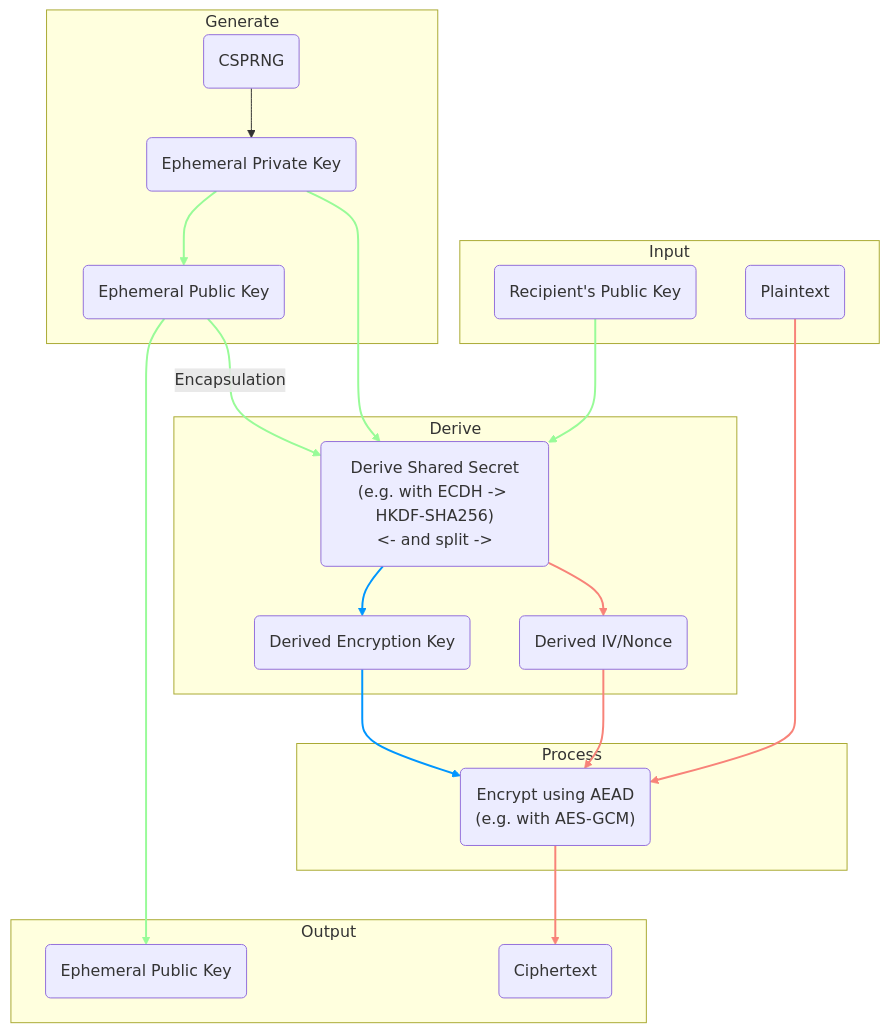
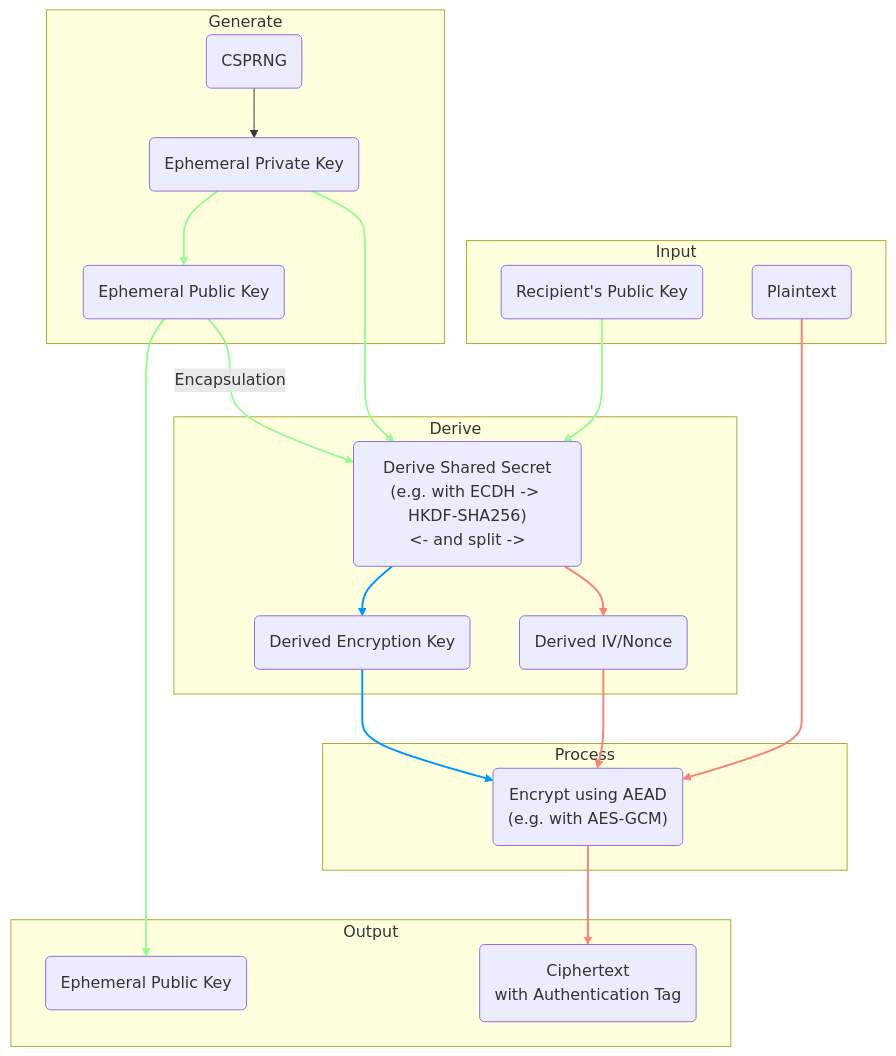
One commit to TJRoh01/libes changed the third of 3 diagrams in README.md. Above: the diagram before and after it, drawn with Mermaid.

Commit message:
improve README.md: - clarify that ciphertext in compact mode contains authentication tag

````diff
--- a/README.md
+++ b/README.md
@@ -250,57 +250,57 @@
 ```mermaid
 graph TB
     subgraph Input
         RK(Recipient's Public Key)
         MSG(Plaintext)
     end
     
     subgraph Generate
         CSPRNG(CSPRNG)
         EK_PUB(Ephemeral Public Key)
         EK_PRI(Ephemeral Private Key)
     end
     
     subgraph Derive
         DER_FN("Derive Shared Secret</br>(e.g. with ECDH -> HKDF-SHA256)</br><- and split ->")
         DER_IV("Derived IV/Nonce")
         DER_ENC_KEY("Derived Encryption Key")
     end
     
     subgraph Process
         ENC_FN("Encrypt using AEAD</br>(e.g. with AES-GCM)")
     end
     
     subgraph Output
-        ENC_OUT(Ciphertext)
+        ENC_OUT(Ciphertext</br>with Authentication Tag)
         EK_OUT(Ephemeral Public Key)
     end
     
     CSPRNG --> EK_PRI
     EK_PRI --> EK_PUB
     EK_PUB --> EK_OUT
     RK --> DER_FN
     EK_PRI --> DER_FN
     DER_FN --> DER_ENC_KEY & DER_IV
     DER_IV --> ENC_FN
     DER_ENC_KEY --> ENC_FN
     MSG --> ENC_FN
     ENC_FN --> ENC_OUT
     EK_PUB --> |Encapsulation| DER_FN
     
     %% Elliptic Curve Key link colorization
     linkStyle 1 stroke:#98fb98,stroke-width:2px;
     linkStyle 2 stroke:#98fb98,stroke-width:2px;
     linkStyle 3 stroke:#98fb98,stroke-width:2px;
     linkStyle 4 stroke:#98fb98,stroke-width:2px;
     linkStyle 11 stroke:#98fb98,stroke-width:2px;
     
     %% Nonce link colorization
     linkStyle 5 stroke:#0096ff,stroke-width:2px;
     linkStyle 8 stroke:#0096ff,stroke-width:2px;
     
     %% Encryption link colorization
     linkStyle 6 stroke:#f88379,stroke-width:2px;
     linkStyle 7 stroke:#f88379,stroke-width:2px;
     linkStyle 9 stroke:#f88379,stroke-width:2px;
     linkStyle 10 stroke:#f88379,stroke-width:2px;
 ```
````
